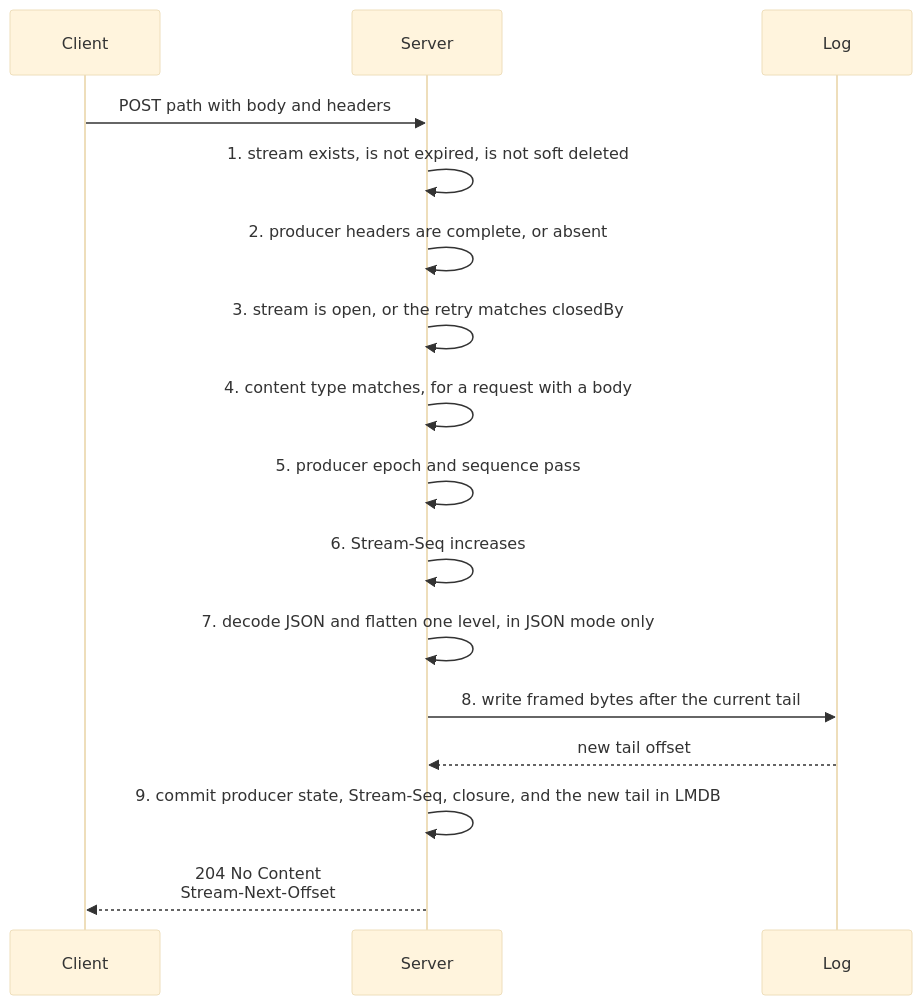
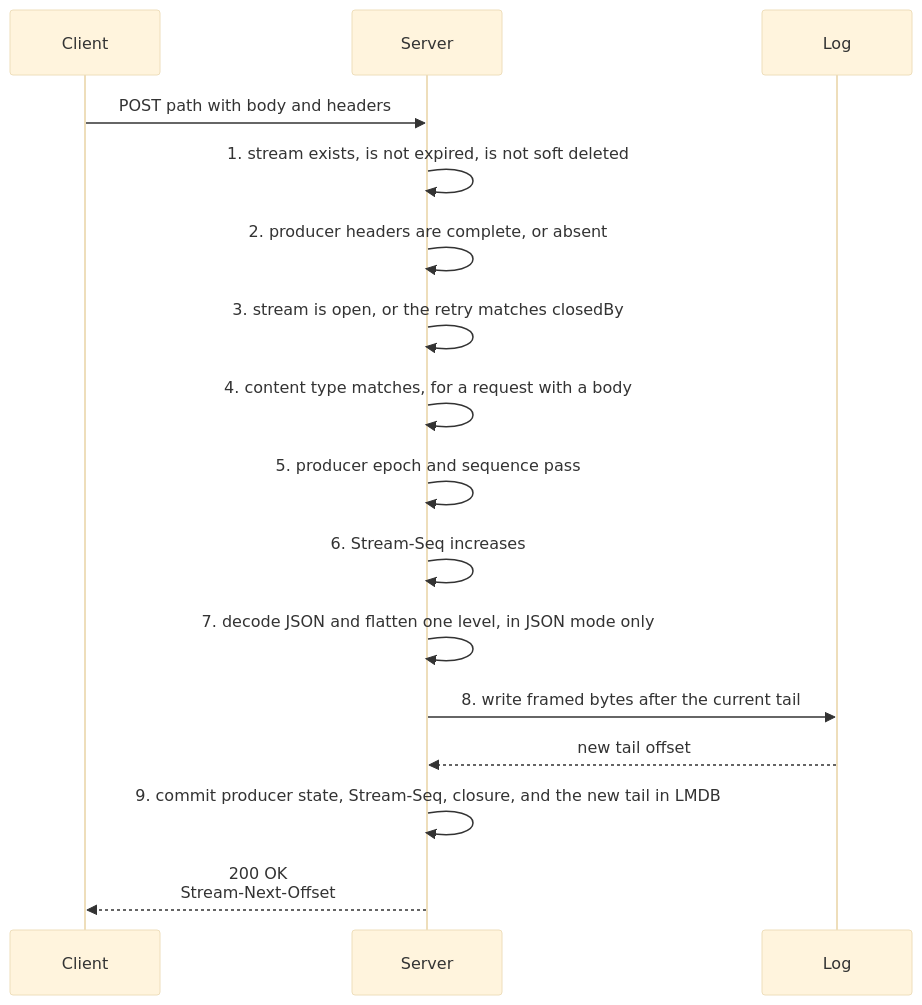
The sixth of 7 diagrams in src.durable-streams/src.electric/markdown/durable-streams/11-laws-entities-and-models.md (ewe-studios/explorations), drawn with Mermaid (base theme) before and after one commit. The commit also changed other lines of this file and 108 other files, not shown here.

````diff
--- a/src.durable-streams/src.electric/markdown/durable-streams/11-laws-entities-and-models.md
+++ b/src.durable-streams/src.electric/markdown/durable-streams/11-laws-entities-and-models.md
@@ -467,18 +467,18 @@
 ```mermaid
 sequenceDiagram
     participant C as Client
     participant S as Server
     participant L as Log
     C->>S: POST path with body and headers
     S->>S: 1. stream exists, is not expired, is not soft deleted
     S->>S: 2. producer headers are complete, or absent
     S->>S: 3. stream is open, or the retry matches closedBy
     S->>S: 4. content type matches, for a request with a body
     S->>S: 5. producer epoch and sequence pass
     S->>S: 6. Stream-Seq increases
     S->>S: 7. decode JSON and flatten one level, in JSON mode only
     S->>L: 8. write framed bytes after the current tail
     L-->>S: new tail offset
     S->>S: 9. commit producer state, Stream-Seq, closure, and the new tail in LMDB
-    S-->>C: 204 No Content<br/>Stream-Next-Offset
+    S-->>C: 200 OK<br/>Stream-Next-Offset
 ```
````
